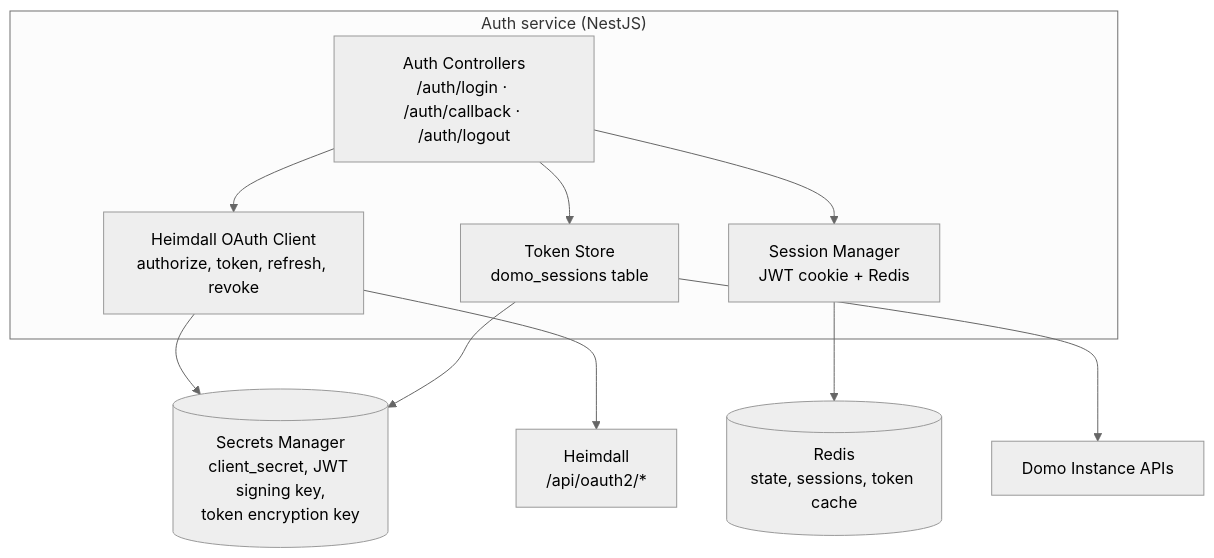
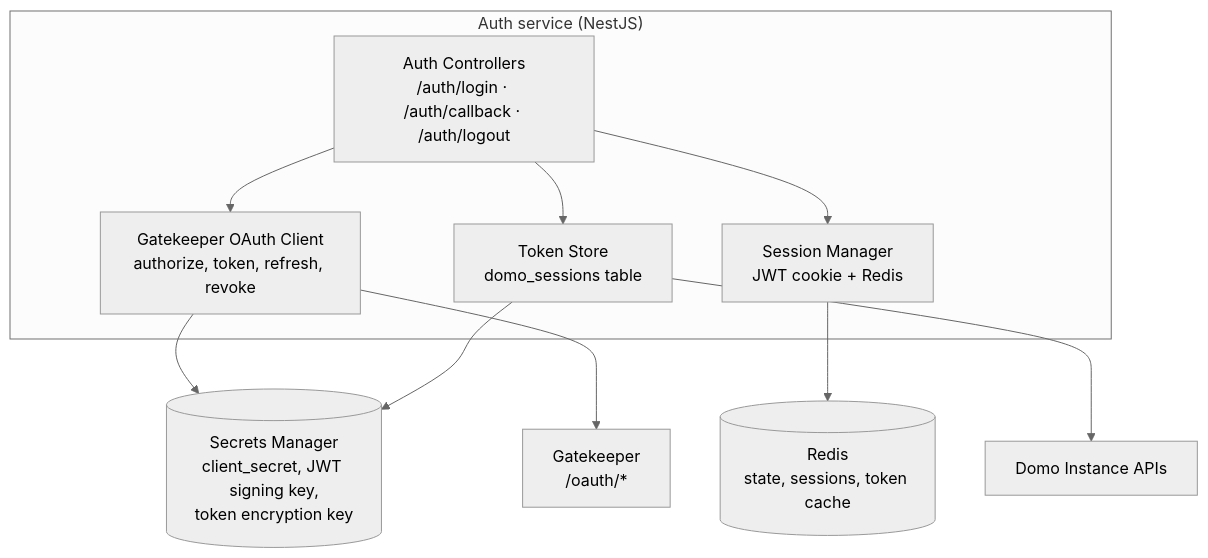
Before and after one commit to emmetuft/huckleberry-server: the diagram in docs/diagrams/auth-providers.md, drawn with Mermaid (neutral theme). The commit also changed other lines of this file and 7 other files, not shown here.

First line of the commit message:
docs: add CLAUDE.md for LLM coding guidelines and update diagrams for Gatekeeper OAuth 2.1 integration

````diff
--- a/docs/diagrams/auth-providers.md
+++ b/docs/diagrams/auth-providers.md
@@ -11,23 +9,23 @@
 ```mermaid
 graph TB
     subgraph "Auth service (NestJS)"
         CTRL[Auth Controllers<br/>/auth/login · /auth/callback · /auth/logout]
         SESS_MGR[Session Manager<br/>JWT cookie + Redis]
         TOKEN_STORE[Token Store<br/>domo_sessions table]
-        OAUTH_CLIENT[Heimdall OAuth Client<br/>authorize, token, refresh, revoke]
+        OAUTH_CLIENT[Gatekeeper OAuth Client<br/>authorize, token, refresh, revoke]
     end
 
     SM[(Secrets Manager<br/>client_secret, JWT signing key,<br/>token encryption key)]
     REDIS[(Redis<br/>state, sessions, token cache)]
-    H[Heimdall<br/>/api/oauth2/*]
+    H[Gatekeeper<br/>/oauth/*]
     D[Domo Instance APIs]
 
     CTRL --> OAUTH_CLIENT
     CTRL --> SESS_MGR
     CTRL --> TOKEN_STORE
     OAUTH_CLIENT --> SM
     OAUTH_CLIENT --> H
     SESS_MGR --> REDIS
     TOKEN_STORE --> SM
     TOKEN_STORE --> D
 ```
````
